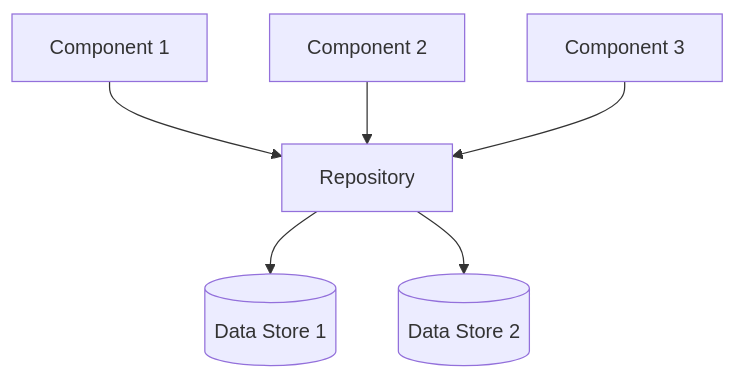
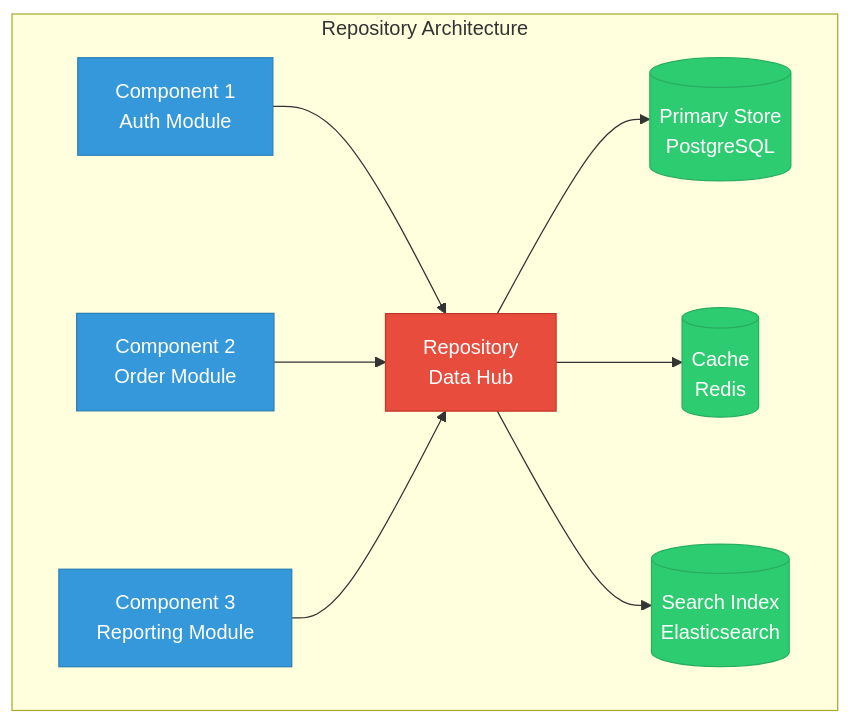
One commit to Raushan666java/ai-engineering-journey changed the fourth of 9 diagrams in docs/courses/software-engineering/04-architectural-design.md. Above: the diagram before and after it, drawn with Mermaid. The commit also changed other lines of this file and 15 other files, not shown here.

Commit message:
deploy: software-engineering overhaul - 16 chapters expanded to avg 1284L (+7649L), richer Mermaid, more TS, deeper content

````diff
--- a/docs/courses/software-engineering/04-architectural-design.md
+++ b/docs/courses/software-engineering/04-architectural-design.md
@@ -144,8 +200,18 @@
 ```mermaid
 graph TD
-    C1[Component 1] --> R[Repository]
-    C2[Component 2] --> R
-    C3[Component 3] --> R
-    R --> R1[(Data Store 1)]
-    R --> R2[(Data Store 2)]
+    subgraph "Repository Architecture"
+        C1[Component 1<br/>Auth Module] --> R[Repository<br/>Data Hub]
+        C2[Component 2<br/>Order Module] --> R
+        C3[Component 3<br/>Reporting Module] --> R
+        R --> R1[(Primary Store<br/>PostgreSQL)]
+        R --> R2[(Cache<br/>Redis)]
+        R --> R3[(Search Index<br/>Elasticsearch)]
+    end
+
+    classDef comp fill:#3498db,stroke:#2980b9,color:#fff
+    classDef repo fill:#e74c3c,stroke:#c0392b,color:#fff
+    classDef store fill:#2ecc71,stroke:#27ae60,color:#fff
+    class C1,C2,C3 comp
+    class R repo
+    class R1,R2,R3 store
 ```
````
